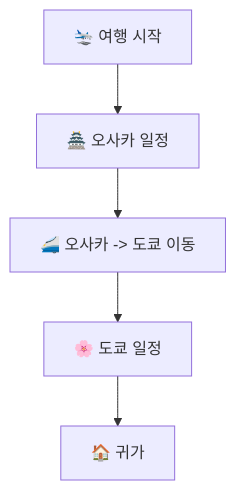
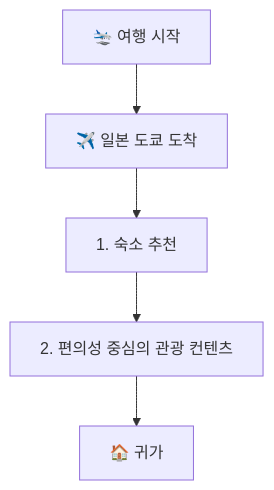
Before and after one commit to THEPLUS007/thx_air: the diagram in output_travel.md, drawn with Mermaid. The commit also changed other lines of this file and 9 other files, not shown here.

````diff
--- a/output_travel.md
+++ b/output_travel.md
@@ -55,12 +66,12 @@
 ```mermaid
 graph TD
     Start["🛬 여행 시작"]
-    A["🏯 오사카 일정"]
-    B["🚄 오사카 -> 도쿄 이동"]
-    C["🌸 도쿄 일정"]
+    Arrive["✈️ 일본 도쿄 도착"]
+    Activity1["1. 숙소 추천"]
+    Activity2["2. 편의성 중심의 관광 컨텐츠"]
     End["🏠 귀가"]
-    Start --> A
-    A --> B
-    B --> C
-    C --> End
+    Start --> Arrive
+    Arrive --> Activity1
+    Activity1 --> Activity2
+    Activity2 --> End
 ```
````
